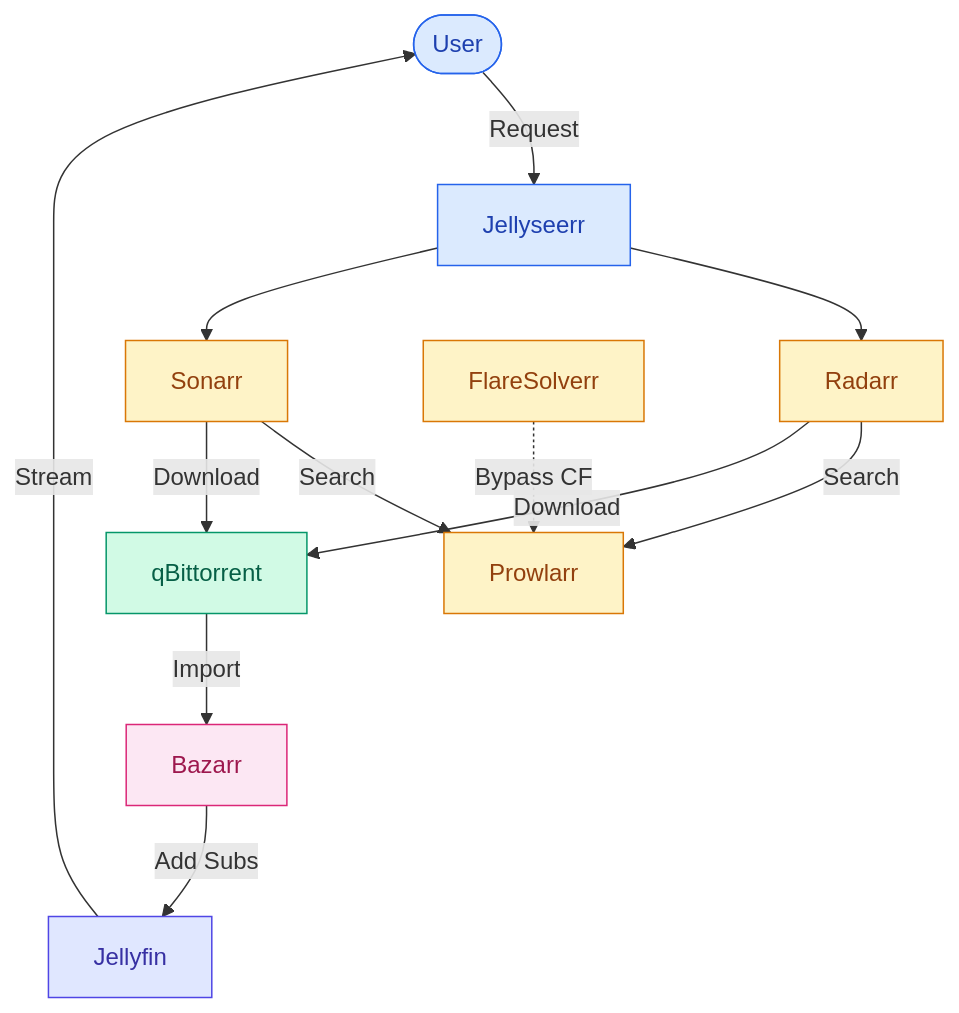
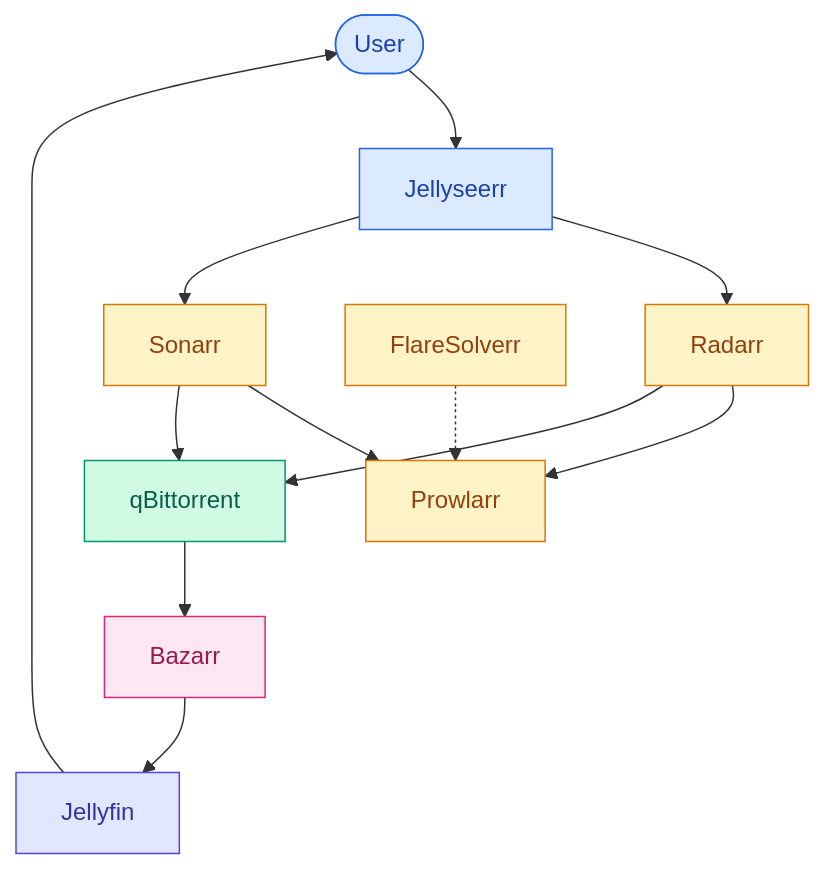
Before and after one commit to Mykyta-Home-Server/homeserver: the second of 4 diagrams in docs-site/src/content/docs/guides/introduction.mdx, drawn with Mermaid. The commit also changed other lines of this file and 2 other files, not shown here.

First line of the commit message:
Fix diagram labels: remove cutoff text, use short clear labels

````diff
--- a/docs-site/src/content/docs/guides/introduction.mdx
+++ b/docs-site/src/content/docs/guides/introduction.mdx
@@ -69,38 +69,38 @@
 ```mermaid
 flowchart TB
     User([User])
     Jellyseerr[Jellyseerr]
     Radarr[Radarr]
 
     Sonarr[Sonarr]
     Prowlarr[Prowlarr]
     qBit[qBittorrent]
 
-    FlareSolverr[FlareSolverr]
+    Flare[FlareSolverr]
     Bazarr[Bazarr]
     Jellyfin[Jellyfin]
 
-    User -->|Request| Jellyseerr
+    User --> Jellyseerr
     Jellyseerr --> Radarr
     Jellyseerr --> Sonarr
-    Radarr -->|Search| Prowlarr
-    Sonarr -->|Search| Prowlarr
-    Radarr -->|Download| qBit
-    Sonarr -->|Download| qBit
-    FlareSolverr -.->|Bypass CF| Prowlarr
-    qBit -->|Import| Bazarr
-    Bazarr -->|Add Subs| Jellyfin
-    Jellyfin -->|Stream| User
+    Radarr --> Prowlarr
+    Sonarr --> Prowlarr
+    Radarr --> qBit
+    Sonarr --> qBit
+    Flare -.-> Prowlarr
+    qBit --> Bazarr
+    Bazarr --> Jellyfin
+    Jellyfin --> User
 
     classDef request fill:#dbeafe,stroke:#2563eb,color:#1e40af
     classDef search fill:#fef3c7,stroke:#d97706,color:#92400e
     classDef download fill:#d1fae5,stroke:#059669,color:#065f46
     classDef subtitle fill:#fce7f3,stroke:#db2777,color:#9d174d
     classDef stream fill:#e0e7ff,stroke:#4f46e5,color:#3730a3
 
     class User,Jellyseerr request
-    class Radarr,Sonarr,Prowlarr,FlareSolverr search
+    class Radarr,Sonarr,Prowlarr,Flare search
     class qBit download
     class Bazarr subtitle
     class Jellyfin stream
 ```
````
